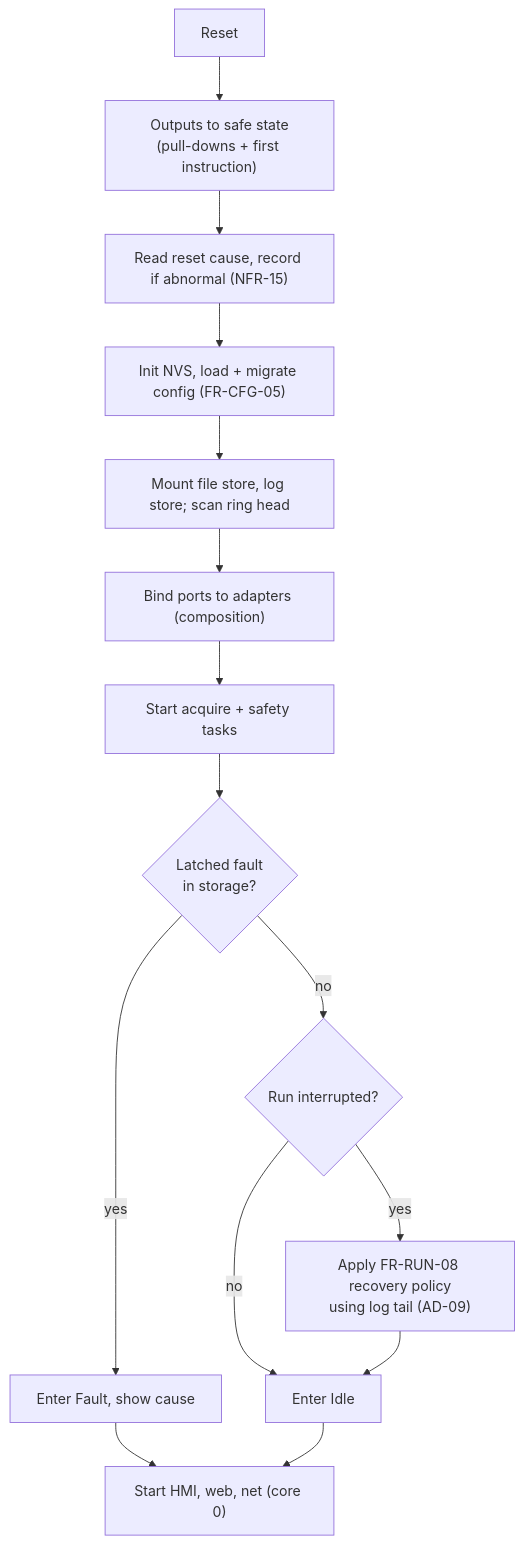
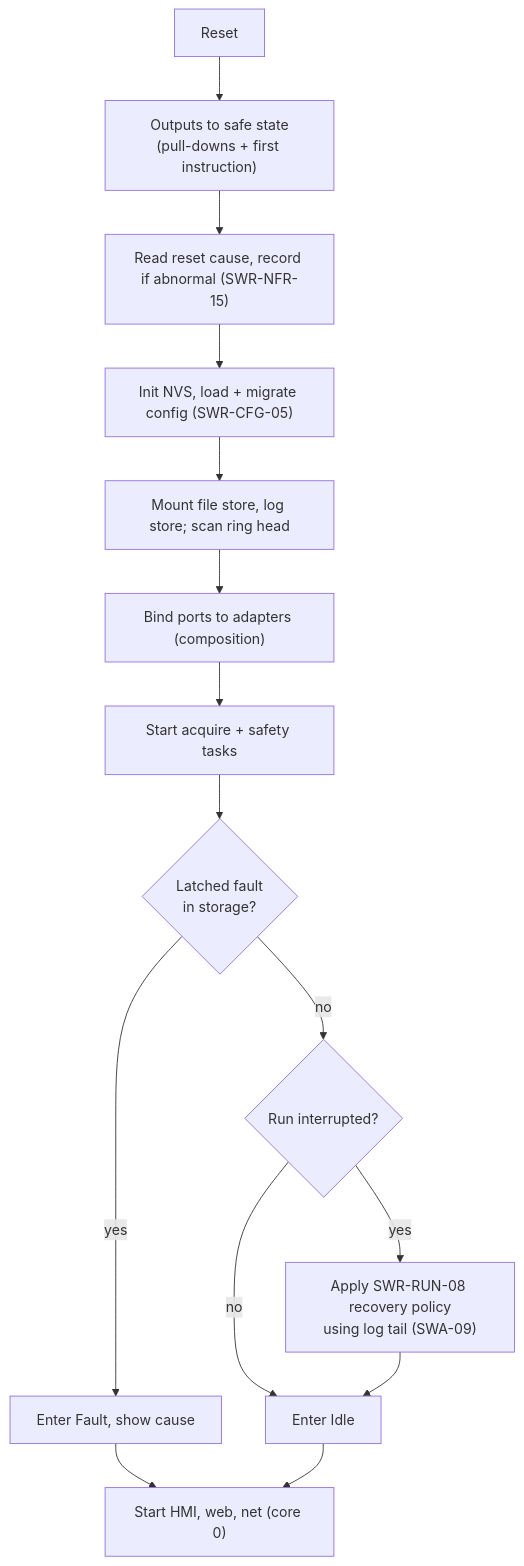
Before and after one commit to bitcrushtesting/SafeKilnController: the fourth of 7 diagrams in docs/architecture.md, drawn with Mermaid. The commit also changed other lines of this file and 166 other files, not shown here.

````diff
--- a/docs/architecture.md
+++ b/docs/architecture.md
@@ -275,17 +275,17 @@
 ```mermaid
 flowchart TD
     A["Reset"] --> B["Outputs to safe state<br/>(pull-downs + first instruction)"]
-    B --> C["Read reset cause, record if abnormal (NFR-15)"]
-    C --> D["Init NVS, load + migrate config (FR-CFG-05)"]
+    B --> C["Read reset cause, record if abnormal (SWR-NFR-15)"]
+    C --> D["Init NVS, load + migrate config (SWR-CFG-05)"]
     D --> E["Mount file store, log store; scan ring head"]
     E --> F["Bind ports to adapters (composition)"]
     F --> G["Start acquire + safety tasks"]
     G --> H{"Latched fault<br/>in storage?"}
     H -->|yes| I["Enter Fault, show cause"]
     H -->|no| J{"Run interrupted?"}
-    J -->|yes| K["Apply FR-RUN-08 recovery policy<br/>using log tail (AD-09)"]
+    J -->|yes| K["Apply SWR-RUN-08 recovery policy<br/>using log tail (SWA-09)"]
     J -->|no| L["Enter Idle"]
     K --> L
     I --> M["Start HMI, web, net (core 0)"]
     L --> M
 ```
````
